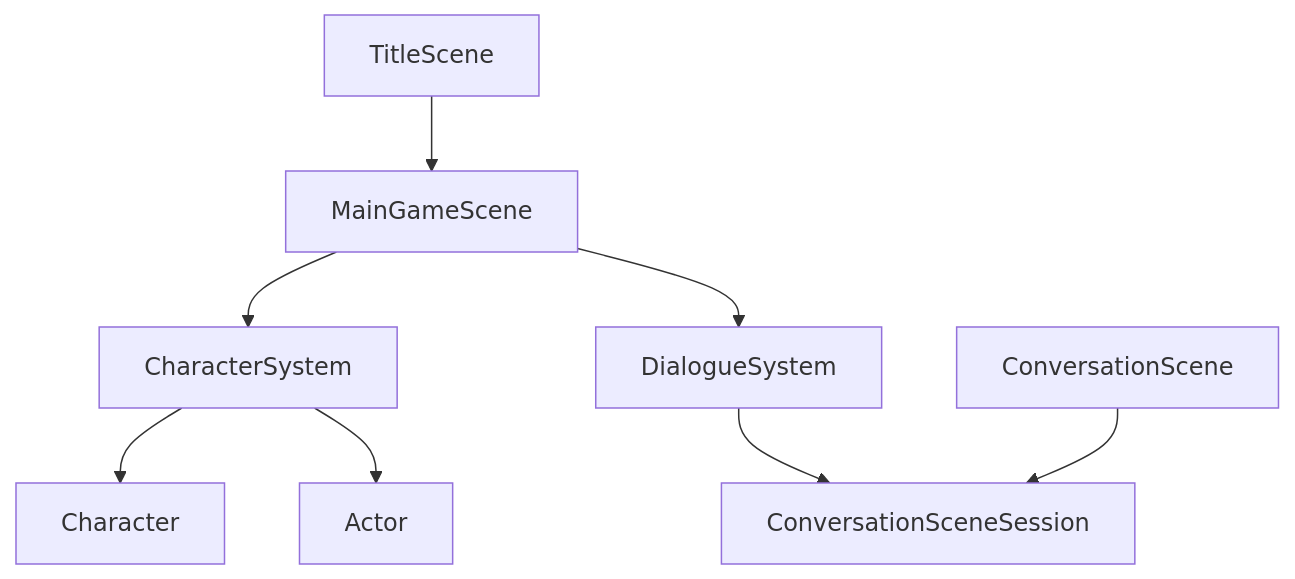
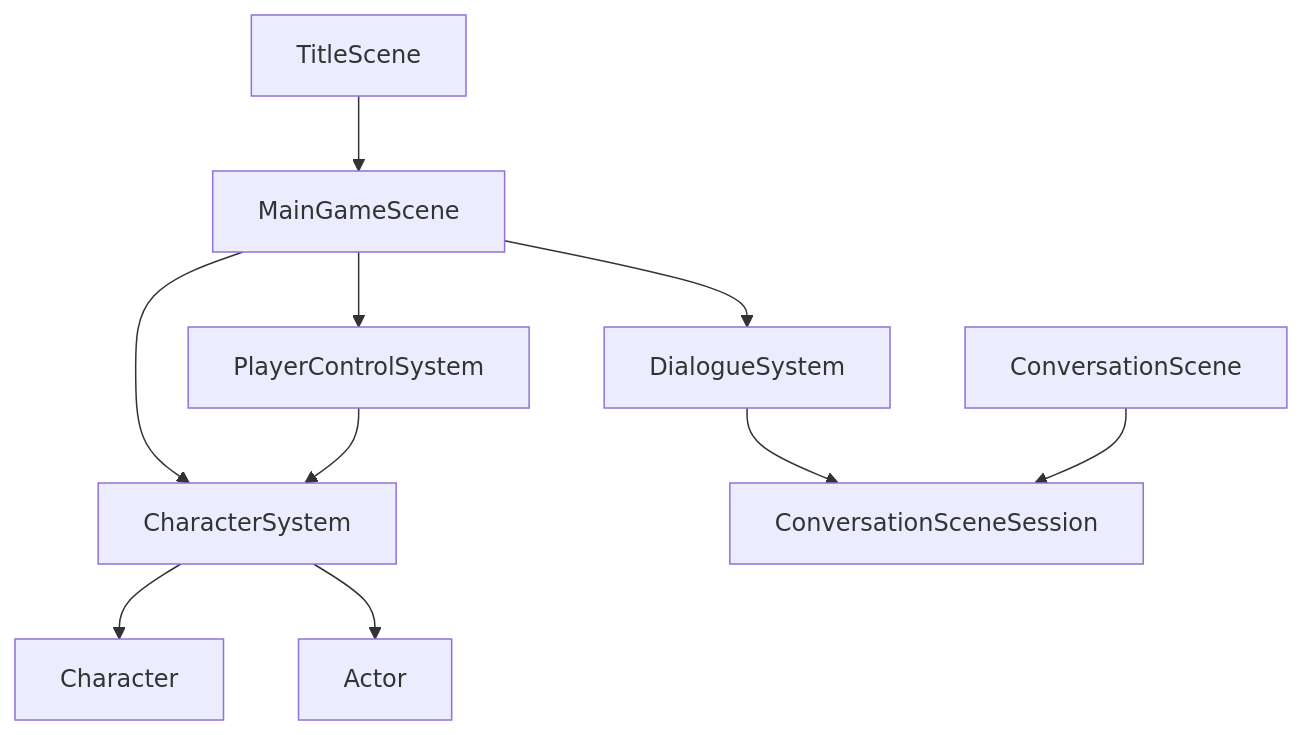
One commit to hachimitu22/negima-festival changed the diagram in docs/詳細設計/ドメイン/シーン/README.md. Above: the diagram before and after it, drawn with Mermaid. The commit also changed other lines of this file and 11 other files, not shown here.

Commit message:
refactor: PlayerControlSystem 化

````diff
--- a/docs/詳細設計/ドメイン/シーン/README.md
+++ b/docs/詳細設計/ドメイン/シーン/README.md
@@ -17,10 +18,12 @@
 ```mermaid
 flowchart TB
   TitleScene --> MainGameScene
   MainGameScene --> CharacterSystem
   MainGameScene --> DialogueSystem
+  MainGameScene --> PlayerControlSystem
+  PlayerControlSystem --> CharacterSystem
   CharacterSystem --> Character
   CharacterSystem --> Actor
   DialogueSystem --> ConversationSceneSession
   ConversationScene --> ConversationSceneSession
 ```
````
